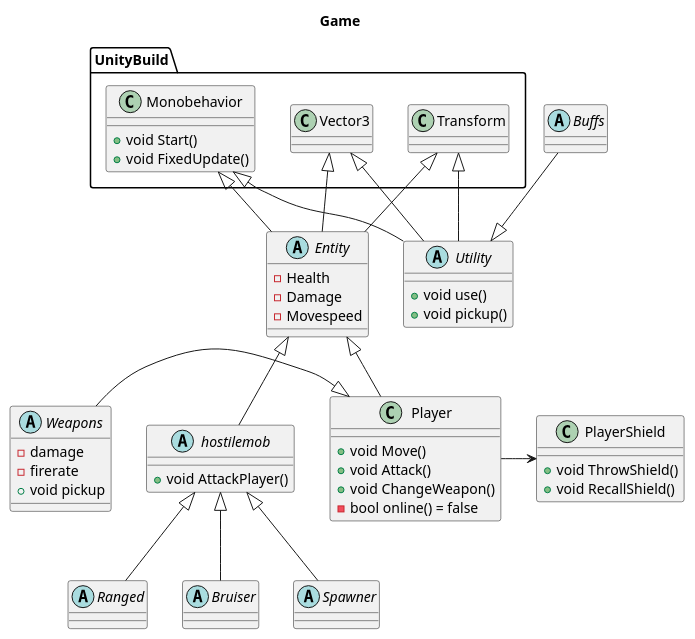
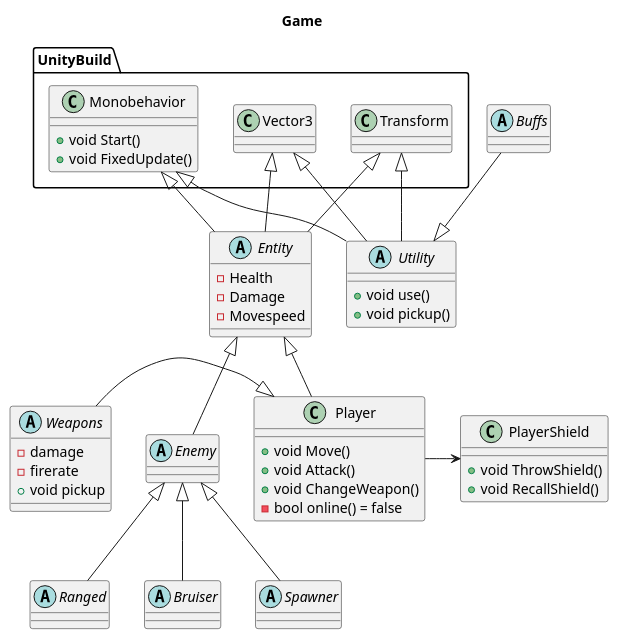
Before and after one commit to Ninjamus21/EksamensProjekt2023: the diagram in Gremory.puml, drawn with PlantUML. The commit also changed 21 other files, not shown here.

```diff
--- a/Gremory.puml
+++ b/Gremory.puml
@@ -1,80 +1,79 @@
 @startuml classdiagram
 
 Title Game
 namespace UnityBuild{
 class Monobehavior{
 +void Start()
 +void FixedUpdate()
 }
 class Vector3{
 
 }
 class Transform{
 
 }
 }
 
 abstract class Utility{
 + void use()
 + void pickup()
 }
 
 class Player{
 
 + void Move()
 + void Attack()
 + void ChangeWeapon()
 - bool online() = false
 }
 
 abstract class Entity{
 - Health
 - Damage
 - Movespeed
 
 }
-abstract class hostilemob{
-+ void AttackPlayer()
+abstract class Enemy{
 
 }
 abstract class Ranged{
 
 }
 abstract class Bruiser{
 
 }
 abstract class Spawner{
 
 }
 
 class PlayerShield{
 + void ThrowShield()
 + void RecallShield()
 }
 
 abstract class Weapons{
 - damage
 - firerate
 + void pickup
 }
 
 abstract class Buffs{
 
 }
 
 
-hostilemob -up-|> Entity
+Enemy -up-|> Entity
 Player -up-|> Entity 
-hostilemob <|-- Ranged
-hostilemob <|-- Bruiser
-hostilemob <|-- Spawner 
+Enemy <|-- Ranged
+Enemy <|-- Bruiser
+Enemy <|-- Spawner 
 Entity -up-|> UnityBuild.Monobehavior
 Entity -up-|> UnityBuild.Vector3
 Entity -up-|> UnityBuild.Transform
 Utility -up-|> UnityBuild.Monobehavior
 Utility -up-|> UnityBuild.Vector3
 Utility -up-|> UnityBuild.Transform
 Player -> PlayerShield
 Weapons -|> Player
 Buffs --|> Utility
 @enduml
```
